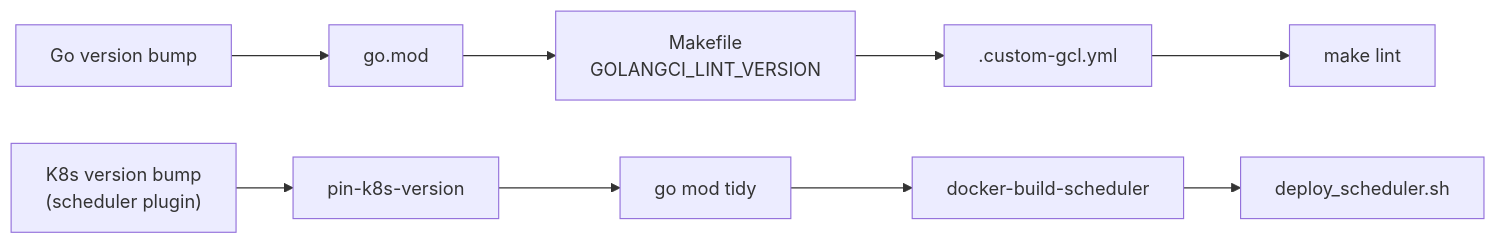
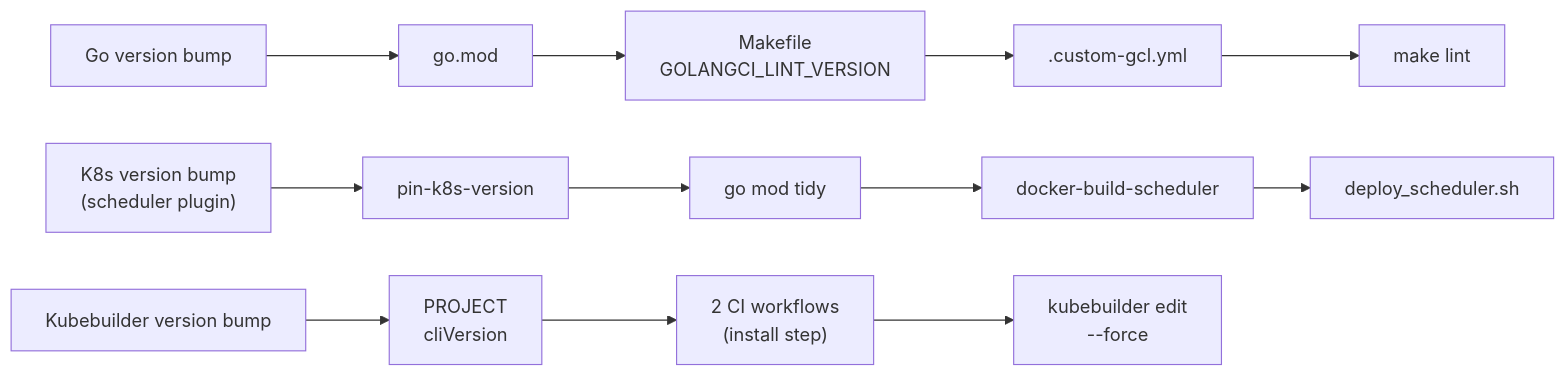
Diagram 18 of 19 in README.md (HIRO-MicroDataCenters-BV/hiro-adaptive-orchestrator), drawn with Mermaid before and after one commit. The commit also changed other lines of this file and 1 other file, not shown here.

````diff
--- a/README.md
+++ b/README.md
@@ -1326,5 +1326,6 @@
 ```mermaid
 flowchart LR
     Go["Go version bump"] --> G1["go.mod"] --> G2["Makefile<br/>GOLANGCI_LINT_VERSION"] --> G3[".custom-gcl.yml"] --> G4["make lint"]
     K8s["K8s version bump<br/>(scheduler plugin)"] --> K1["pin-k8s-version"] --> K2["go mod tidy"] --> K3["docker-build-scheduler"] --> K4["deploy_scheduler.sh"]
+    KB["Kubebuilder version bump"] --> KB1["PROJECT<br/>cliVersion"] --> KB2["2 CI workflows<br/>(install step)"] --> KB3["kubebuilder edit<br/>--force"]
 ```
````
